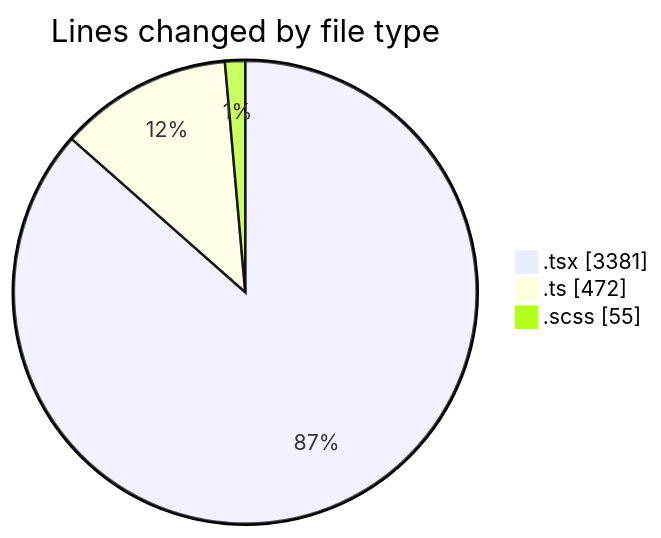
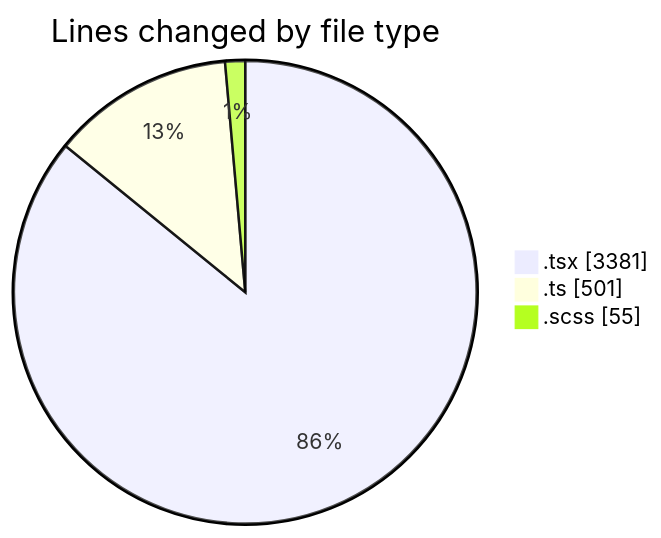
The first of 2 diagrams in 2025-10-07/cda/README.md (momahboobian/code-tracking), drawn with Mermaid before and after one commit. The commit also changed other lines of this file and 1 other file, not shown here.

````diff
--- a/2025-10-07/cda/README.md
+++ b/2025-10-07/cda/README.md
@@ -28,7 +28,7 @@
 ```mermaid
 pie showData
 title Lines changed by file type
 ".tsx" : 3381
-".ts" : 472
+".ts" : 501
 ".scss" : 55
 ```
````
